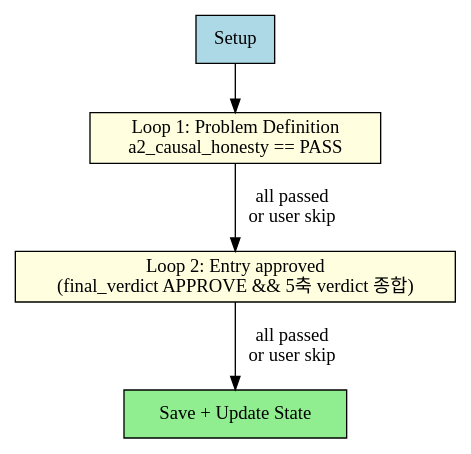
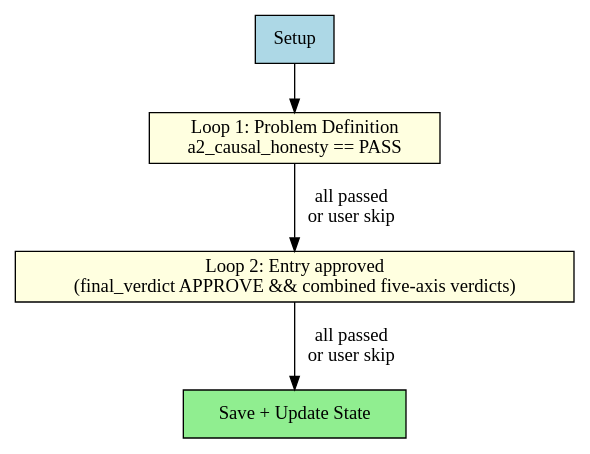
The first of 3 diagrams in skills/resume-forge/SKILL.md (toongri/oh-my-toong-playground), drawn with Graphviz before and after one commit. The commit also changed other lines of this file and 64 other files, not shown here.

````diff
--- a/skills/resume-forge/SKILL.md
+++ b/skills/resume-forge/SKILL.md
@@ -25,13 +25,13 @@
 ```dot
 digraph resume_forge {
     rankdir=TB;
     Setup [shape=box, style=filled, fillcolor=lightblue];
     Loop1 [shape=box, label="Loop 1: Problem Definition\na2_causal_honesty == PASS", style=filled, fillcolor=lightyellow];
-    Loop2 [shape=box, label="Loop 2: Entry approved\n(final_verdict APPROVE && 5축 verdict 종합)", style=filled, fillcolor=lightyellow];
+    Loop2 [shape=box, label="Loop 2: Entry approved\n(final_verdict APPROVE && combined five-axis verdicts)", style=filled, fillcolor=lightyellow];
     Done [shape=box, label="Save + Update State", style=filled, fillcolor=lightgreen];
 
     Setup -> Loop1;
     Loop1 -> Loop2 [label="all passed\nor user skip"];
     Loop2 -> Done [label="all passed\nor user skip"];
 }
 ```
````
